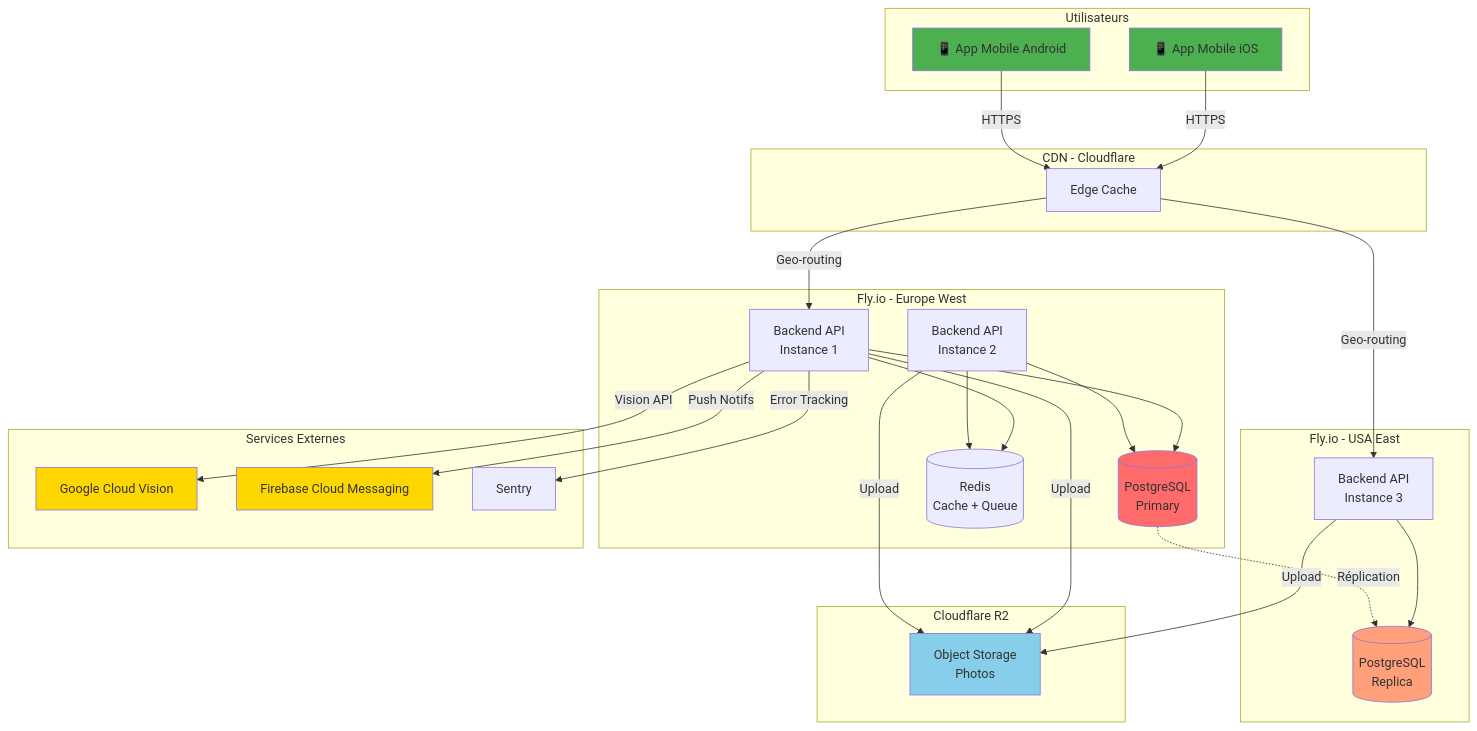
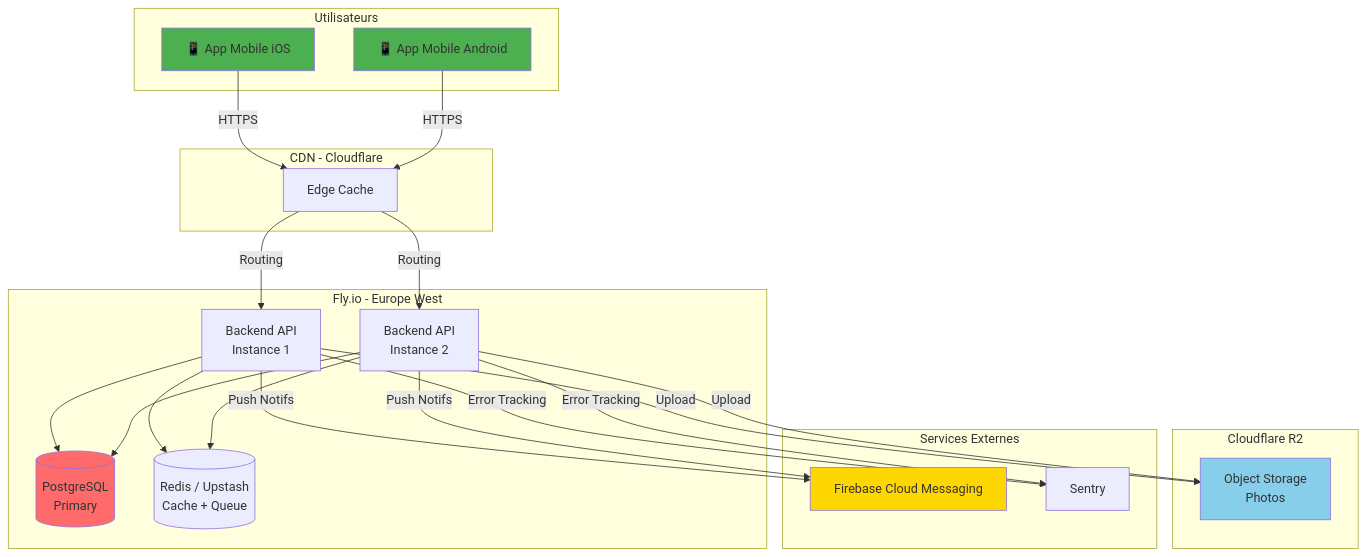
Before and after one commit to Ideogen7/Return: the second of 2 diagrams in 01_ARCHITECTURE_TECHNIQUE.md, drawn with Mermaid. The commit also changed other lines of this file and 1 other file, not shown here.

````diff
--- a/01_ARCHITECTURE_TECHNIQUE.md
+++ b/01_ARCHITECTURE_TECHNIQUE.md
@@ -512,62 +437,51 @@
 ```mermaid
 graph TB
-    subgraph "Utilisateurs"
-        A[📱 App Mobile iOS]
-        B[📱 App Mobile Android]
-    end
+subgraph "Utilisateurs"
+A[📱 App Mobile iOS]
+B[📱 App Mobile Android]
+end
 
-    subgraph "CDN - Cloudflare"
-        C[Edge Cache]
-    end
+subgraph "CDN - Cloudflare"
+C[Edge Cache]
+end
 
-    subgraph "Fly.io - Europe West"
-        D[Backend API<br/>Instance 1]
-        E[Backend API<br/>Instance 2]
-        F[(PostgreSQL<br/>Primary)]
-        G[(Redis<br/>Cache + Queue)]
-    end
+subgraph "Fly.io - Europe West"
+D[Backend API<br/>Instance 1]
+E[Backend API<br/>Instance 2]
+F[(PostgreSQL<br/>Primary)]
+G[(Redis / Upstash<br/>Cache + Queue)]
+end
 
-    subgraph "Fly.io - USA East"
-        H[Backend API<br/>Instance 3]
-        I[(PostgreSQL<br/>Replica)]
-    end
+subgraph "Cloudflare R2"
+J[Object Storage<br/>Photos]
+end
 
-    subgraph "Cloudflare R2"
-        J[Object Storage<br/>Photos]
-    end
+subgraph "Services Externes"
+L[Firebase Cloud Messaging]
+M[Sentry]
+end
 
-    subgraph "Services Externes"
-        K[Google Cloud Vision]
-        L[Firebase Cloud Messaging]
-        M[Sentry]
-    end
+A -->|HTTPS|C
+B -->|HTTPS|C
+C -->|Routing|D
+C -->|Routing|E
 
-    A -->|HTTPS| C
-    B -->|HTTPS| C
-    C -->|Geo-routing| D
-    C -->|Geo-routing| H
-    
-    D --> F
-    D --> G
-    E --> F
-    E --> G
-    H --> I
-    
-    F -.Réplication.-> I
-    
-    D -->|Upload| J
-    E -->|Upload| J
-    H -->|Upload| J
-    
-    D -->|Vision API| K
-    D -->|Push Notifs| L
-    D -->|Error Tracking| M
+D --> F
+D --> G
+E --> F
+E --> G
 
-    style A fill:#4CAF50
-    style B fill:#4CAF50
-    style F fill:#FF6B6B
-    style I fill:#FFA07A
-    style J fill:#87CEEB
-    style K fill:#FFD700
-    style L fill:#FFD700
+D -->|Upload|J
+E -->|Upload|J
+
+D -->|Push Notifs|L
+D -->|Error Tracking|M
+E -->|Push Notifs|L
+E -->|Error Tracking|M
+
+style A fill: #4CAF50
+style B fill: #4CAF50
+style F fill: #FF6B6B
+style J fill:#87CEEB
+style L fill: #FFD700
 ```
````
